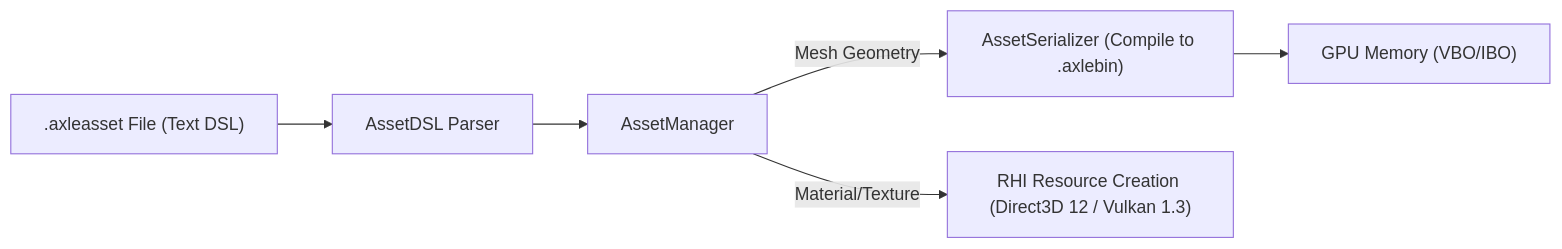
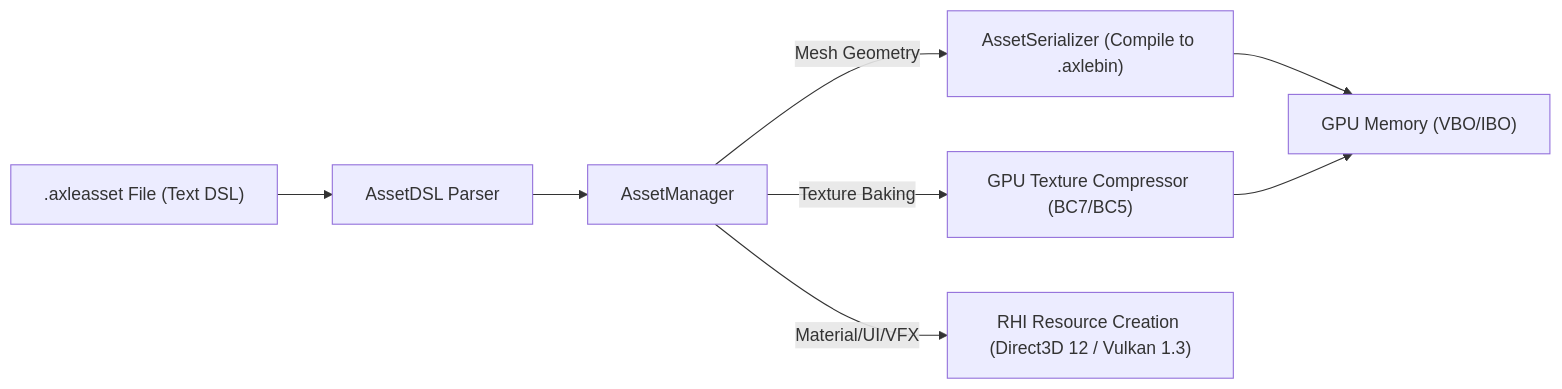
The diagram in docs/UNIFIED_AXLEASSET_SPECIFICATION.md (nguyenphong0210/AxleEngine), drawn with Mermaid before and after one commit. The commit also changed other lines of this file, not shown here.

Commit message:
docs: add Texture descriptor schema and hybrid loading strategy to .axleasset specification

````diff
--- a/docs/UNIFIED_AXLEASSET_SPECIFICATION.md
+++ b/docs/UNIFIED_AXLEASSET_SPECIFICATION.md
@@ -188,8 +218,10 @@
 ```mermaid
 flowchart LR
     TextAsset[".axleasset File (Text DSL)"] --> Parser["AssetDSL Parser"]
     Parser --> AssetManager["AssetManager"]
     AssetManager -->|Mesh Geometry| Compiler["AssetSerializer (Compile to .axlebin)"]
     Compiler --> GPU["GPU Memory (VBO/IBO)"]
-    AssetManager -->|Material/Texture| RHI["RHI Resource Creation (Direct3D 12 / Vulkan 1.3)"]
+    AssetManager -->|Texture Baking| TexBake["GPU Texture Compressor (BC7/BC5)"]
+    TexBake --> GPU
+    AssetManager -->|Material/UI/VFX| RHI["RHI Resource Creation (Direct3D 12 / Vulkan 1.3)"]
 ```
````
